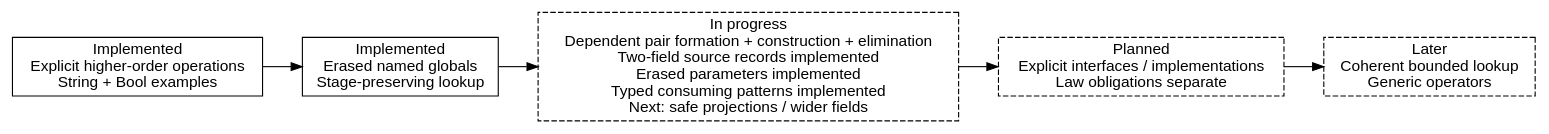
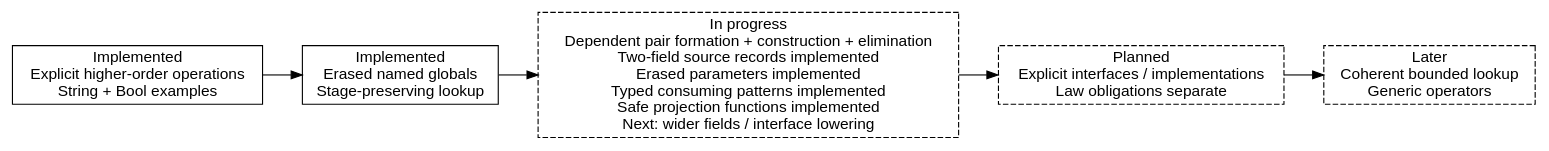
The diagram in docs/diagrams/interfaces.dot (odunboye/fibril), drawn with Graphviz before and after one commit. The commit also changed 15 other files, not shown here.

Commit message:
Generate explicitly requested quantity-safe dependent record projections

```diff
--- a/docs/diagrams/interfaces.dot
+++ b/docs/diagrams/interfaces.dot
@@ -1,10 +1,10 @@
 digraph interfaces {
   rankdir=LR;
   node [shape=box, fontname="sans-serif"];
   operations [label="Implemented\nExplicit higher-order operations\nString + Bool examples"];
   staging [label="Implemented\nErased named globals\nStage-preserving lookup"];
-  records [label="In progress\nDependent pair formation + construction + elimination\nTwo-field source records implemented\nErased parameters implemented\nTyped consuming patterns implemented\nNext: safe projections / wider fields", style=dashed];
+  records [label="In progress\nDependent pair formation + construction + elimination\nTwo-field source records implemented\nErased parameters implemented\nTyped consuming patterns implemented\nSafe projection functions implemented\nNext: wider fields / interface lowering", style=dashed];
   explicit [label="Planned\nExplicit interfaces / implementations\nLaw obligations separate", style=dashed];
   search [label="Later\nCoherent bounded lookup\nGeneric operators", style=dashed];
   operations -> staging -> records -> explicit -> search;
 }
```
